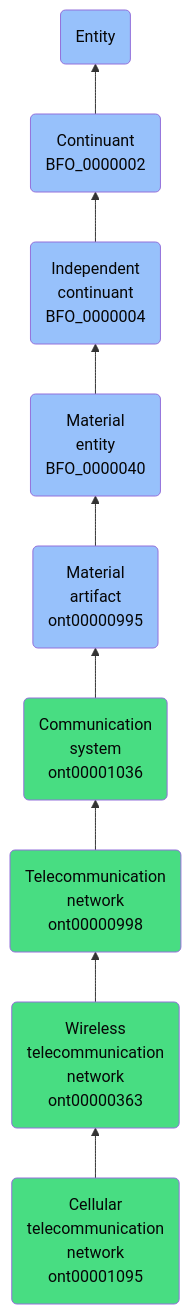
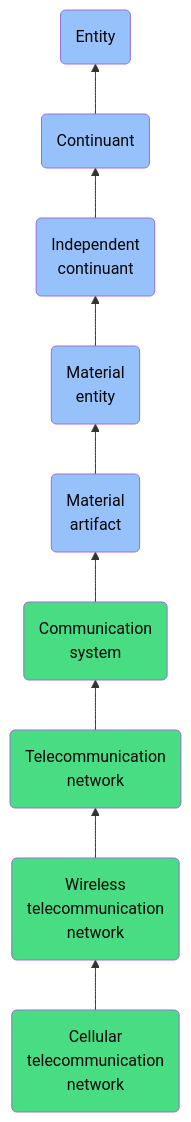
The diagram in docs/ontology/reference/model/Entity/Continuant/Independent continuant/Material entity/Material artifact/Communication system/Telecommunication network/Wireless telecommunication network/Cellular telecommunication network/Cellular telecommunication network.md (jupyter-naas/abi), drawn with Mermaid before and after one commit. The commit also changed other lines of this file and 1430 other files, not shown here.

````diff
--- a/docs/ontology/reference/model/Entity/Continuant/Independent continuant/Material entity/Material artifact/Communication system/Telecommunication network/Wireless telecommunication network/Cellular telecommunication network/Cellular telecommunication network.md
+++ b/docs/ontology/reference/model/Entity/Continuant/Independent continuant/Material entity/Material artifact/Communication system/Telecommunication network/Wireless telecommunication network/Cellular telecommunication network/Cellular telecommunication network.md
@@ -25,16 +25,16 @@
 ```mermaid
 graph BT
-    ont00001095(Cellular<br>telecommunication<br>network<br>ont00001095):::ABI-->ont00000363
-    ont00000363(Wireless<br>telecommunication<br>network<br>ont00000363):::ABI-->ont00000998
-    ont00000998(Telecommunication<br>network<br>ont00000998):::ABI-->ont00001036
-    ont00001036(Communication<br>system<br>ont00001036):::ABI-->ont00000995
-    ont00000995(Material<br>artifact<br>ont00000995):::BFO-->BFO_0000040
-    BFO_0000040(Material<br>entity<br>BFO_0000040):::BFO-->BFO_0000004
-    BFO_0000004(Independent<br>continuant<br>BFO_0000004):::BFO-->BFO_0000002
-    BFO_0000002(Continuant<br>BFO_0000002):::BFO-->BFO_0000001
+    ont00001095(Cellular<br>telecommunication<br>network):::ABI-->ont00000363
+    ont00000363(Wireless<br>telecommunication<br>network):::ABI-->ont00000998
+    ont00000998(Telecommunication<br>network):::ABI-->ont00001036
+    ont00001036(Communication<br>system):::ABI-->ont00000995
+    ont00000995(Material<br>artifact):::BFO-->BFO_0000040
+    BFO_0000040(Material<br>entity):::BFO-->BFO_0000004
+    BFO_0000004(Independent<br>continuant):::BFO-->BFO_0000002
+    BFO_0000002(Continuant):::BFO-->BFO_0000001
     BFO_0000001(Entity):::BFO
     
     classDef BFO fill:#97c1fb,color:#060606
     classDef CCO fill:#e4c51e,color:#060606
     classDef ABI fill:#48DD82,color:#060606
 ```
````
